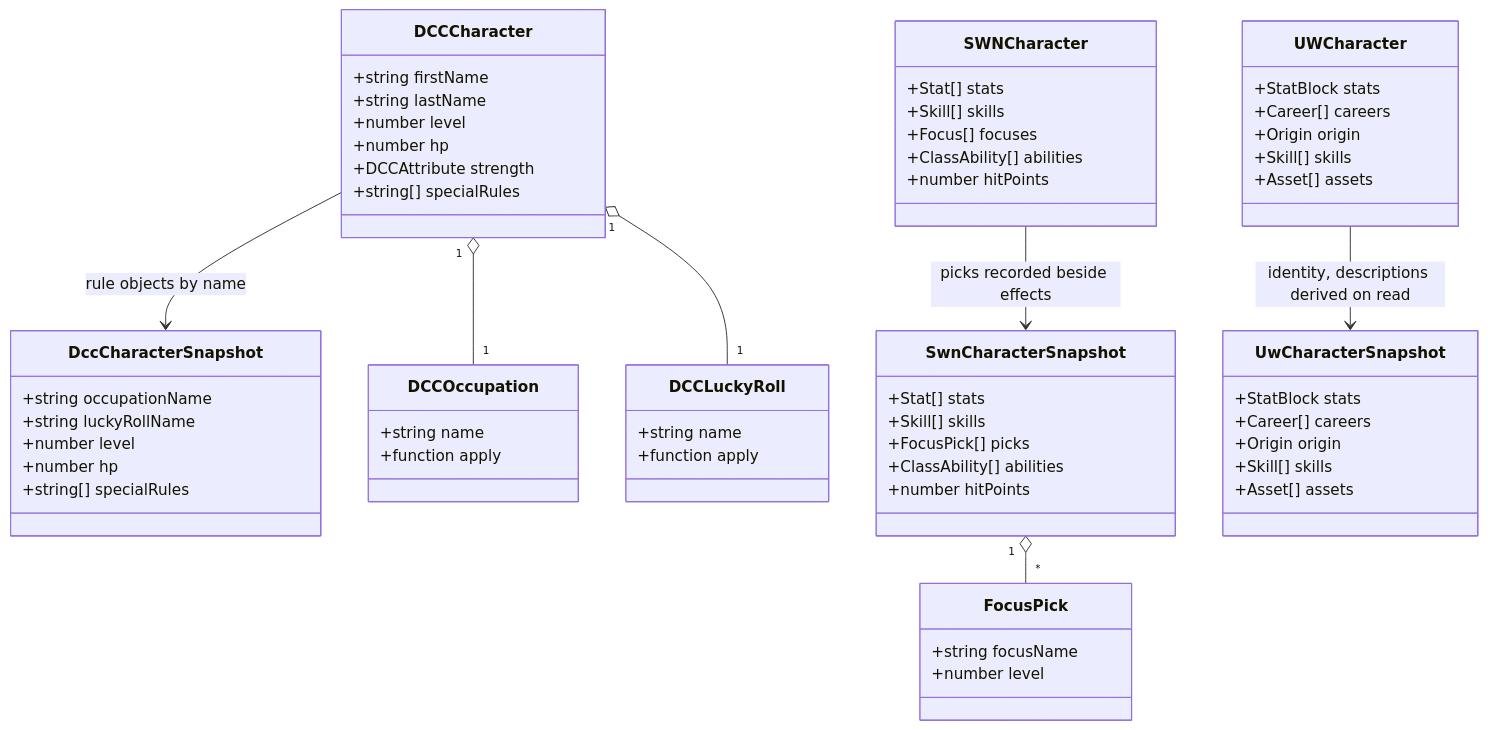
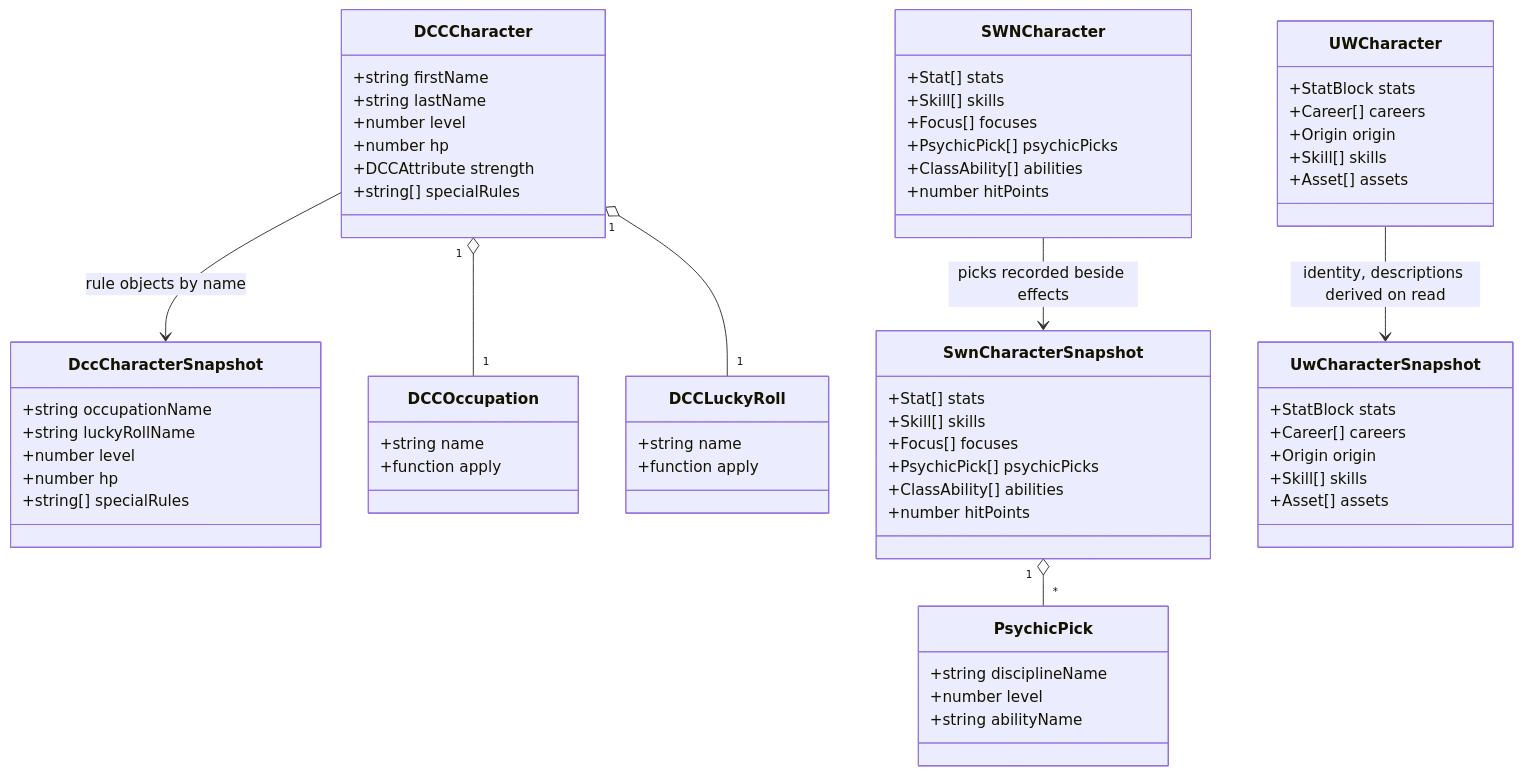
The first of 2 diagrams in docs/readiness-characters.md (ironarachne/ironarachne), drawn with Mermaid before and after one commit. The commit also changed other lines of this file and 24 other files, not shown here.

First line of the commit message:
Take the SWN character generator to Release-ready

````diff
--- a/docs/readiness-characters.md
+++ b/docs/readiness-characters.md
@@ -232,65 +240,68 @@
 ```mermaid
 classDiagram
     class DCCCharacter {
         +string firstName
         +string lastName
         +number level
         +number hp
         +DCCAttribute strength
         +string[] specialRules
     }
     class DccCharacterSnapshot {
         +string occupationName
         +string luckyRollName
         +number level
         +number hp
         +string[] specialRules
     }
     class DCCOccupation {
         +string name
         +function apply
     }
     class DCCLuckyRoll {
         +string name
         +function apply
     }
     class SWNCharacter {
         +Stat[] stats
         +Skill[] skills
         +Focus[] focuses
+        +PsychicPick[] psychicPicks
         +ClassAbility[] abilities
         +number hitPoints
     }
     class SwnCharacterSnapshot {
         +Stat[] stats
         +Skill[] skills
-        +FocusPick[] picks
+        +Focus[] focuses
+        +PsychicPick[] psychicPicks
         +ClassAbility[] abilities
         +number hitPoints
     }
-    class FocusPick {
-        +string focusName
+    class PsychicPick {
+        +string disciplineName
         +number level
+        +string abilityName
     }
     class UWCharacter {
         +StatBlock stats
         +Career[] careers
         +Origin origin
         +Skill[] skills
         +Asset[] assets
     }
     class UwCharacterSnapshot {
         +StatBlock stats
         +Career[] careers
         +Origin origin
         +Skill[] skills
         +Asset[] assets
     }
 
     DCCCharacter "1" o-- "1" DCCOccupation
     DCCCharacter "1" o-- "1" DCCLuckyRoll
     DCCCharacter --> DccCharacterSnapshot : rule objects by name
     SWNCharacter --> SwnCharacterSnapshot : picks recorded beside effects
-    SwnCharacterSnapshot "1" o-- "*" FocusPick
+    SwnCharacterSnapshot "1" o-- "*" PsychicPick
     UWCharacter --> UwCharacterSnapshot : identity, descriptions derived on read
 ```
````
